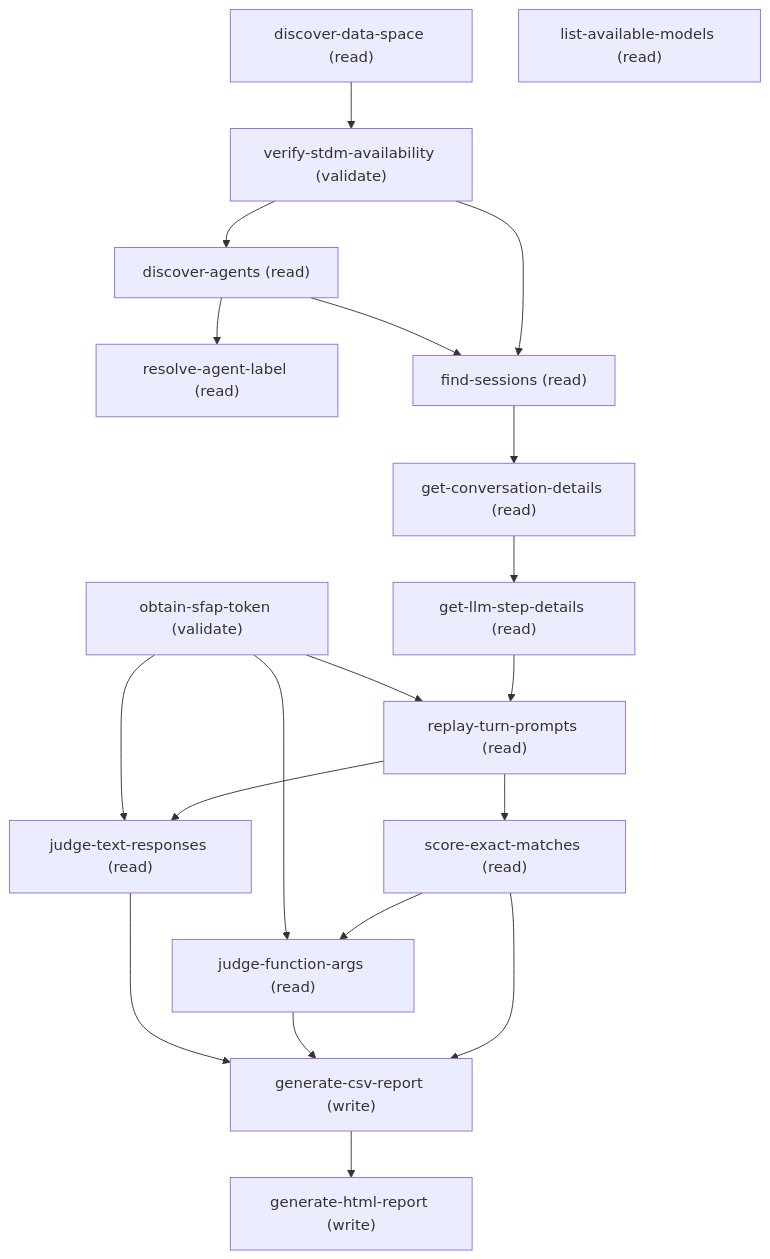
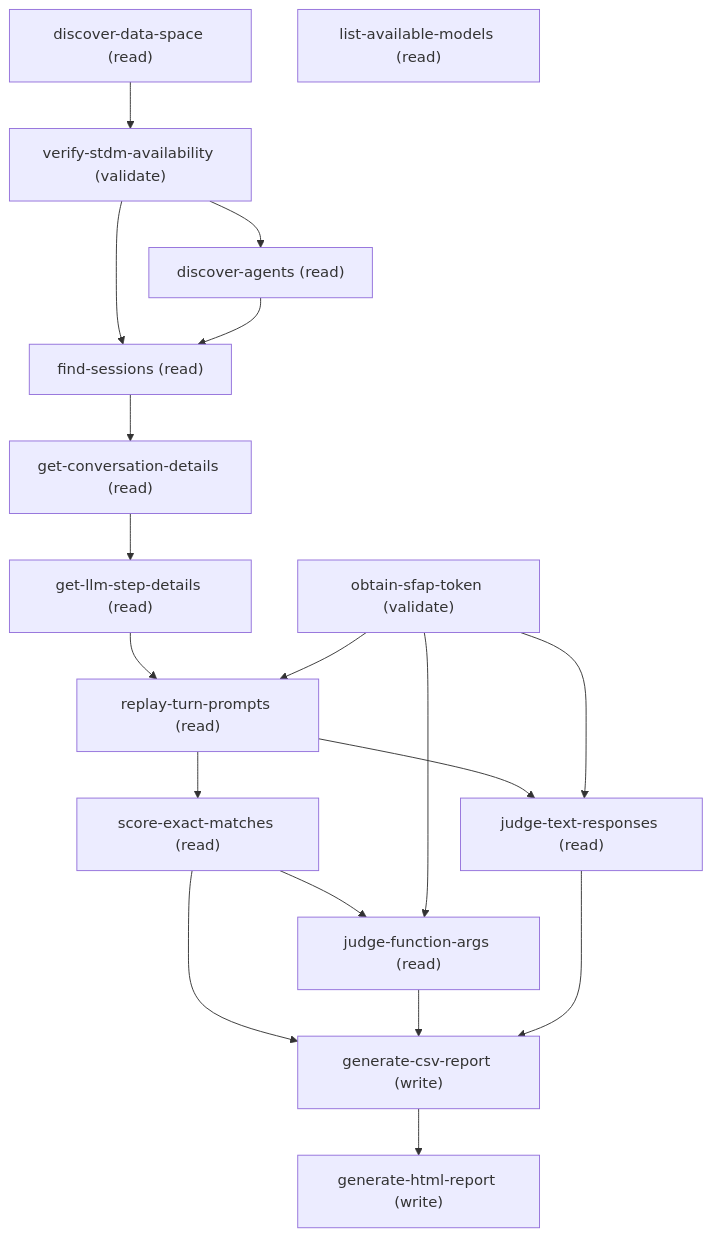
One commit to gabrielmoreira/agent-skills-mirror changed the diagram in mirrors/repos/forcedotcom@afv-library/skills/agentforce-offline-experimentation-run/SKILL.md. Above: the diagram before and after it, drawn with Mermaid. The commit also changed other lines of this file and 16521 other files, not shown here.

````diff
--- a/mirrors/repos/forcedotcom@afv-library/skills/agentforce-offline-experimentation-run/SKILL.md
+++ b/mirrors/repos/forcedotcom@afv-library/skills/agentforce-offline-experimentation-run/SKILL.md
@@ -71,36 +69,34 @@
 ```mermaid
 graph TD
   discover_data_space["discover-data-space (read)"]
   verify_stdm_availability["verify-stdm-availability (validate)"]
   discover_agents["discover-agents (read)"]
-  resolve_agent_label["resolve-agent-label (read)"]
   list_available_models["list-available-models (read)"]
   find_sessions["find-sessions (read)"]
   get_conversation_details["get-conversation-details (read)"]
   get_llm_step_details["get-llm-step-details (read)"]
   obtain_sfap_token["obtain-sfap-token (validate)"]
   replay_turn_prompts["replay-turn-prompts (read)"]
   score_exact_matches["score-exact-matches (read)"]
   judge_function_args["judge-function-args (read)"]
   judge_text_responses["judge-text-responses (read)"]
   generate_csv_report["generate-csv-report (write)"]
   generate_html_report["generate-html-report (write)"]
   discover_data_space --> verify_stdm_availability
   verify_stdm_availability --> discover_agents
-  discover_agents --> resolve_agent_label
   verify_stdm_availability --> find_sessions
   discover_agents --> find_sessions
   find_sessions --> get_conversation_details
   get_conversation_details --> get_llm_step_details
   get_llm_step_details --> replay_turn_prompts
   obtain_sfap_token --> replay_turn_prompts
   replay_turn_prompts --> score_exact_matches
   score_exact_matches --> judge_function_args
   obtain_sfap_token --> judge_function_args
   replay_turn_prompts --> judge_text_responses
   obtain_sfap_token --> judge_text_responses
   score_exact_matches --> generate_csv_report
   judge_function_args --> generate_csv_report
   judge_text_responses --> generate_csv_report
   generate_csv_report --> generate_html_report
 ```
````
